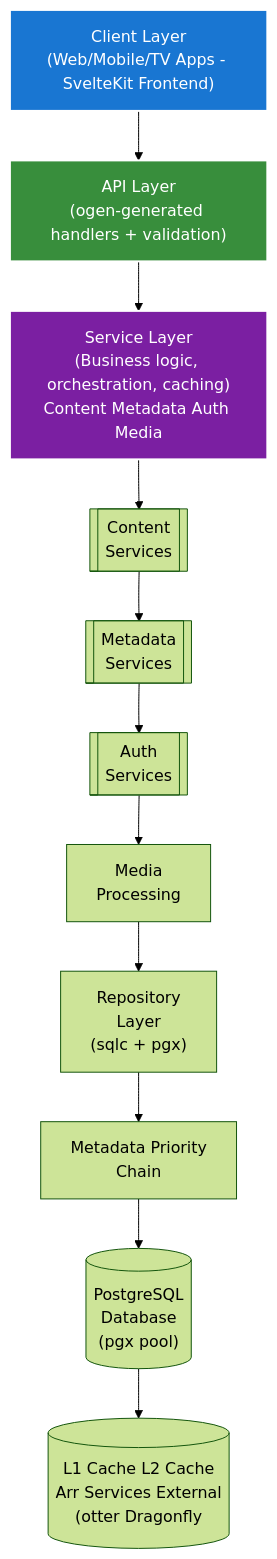
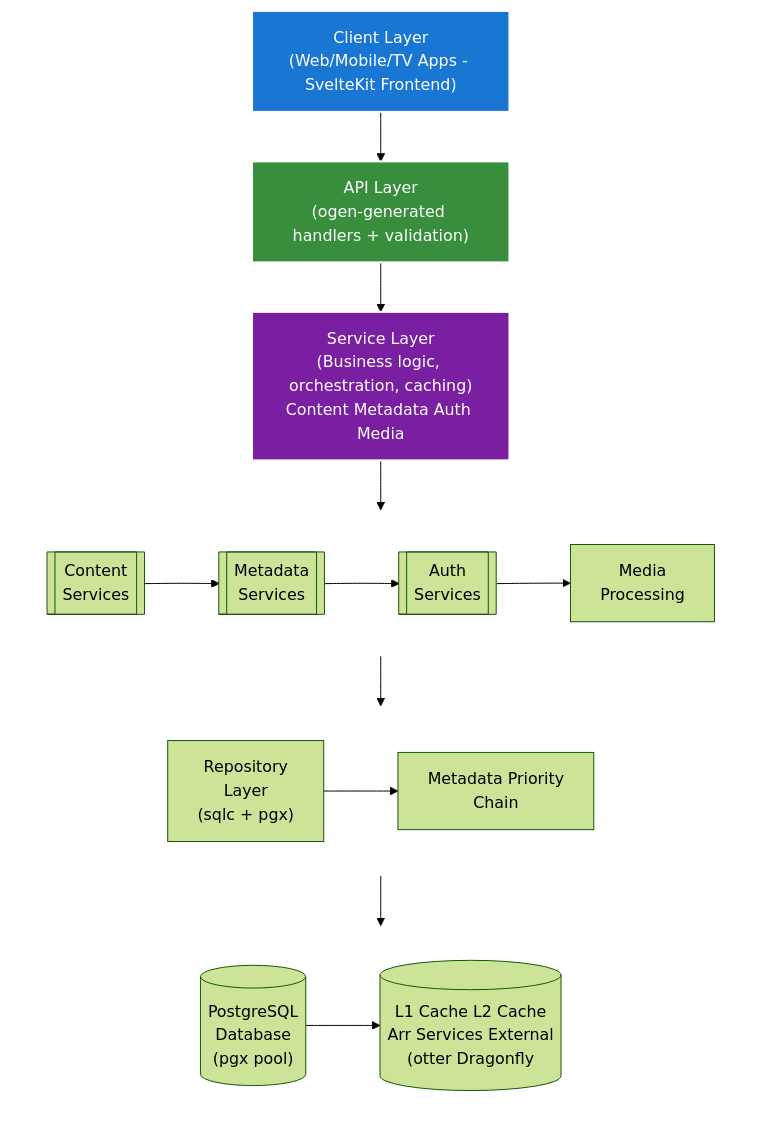
Before and after one commit to lusoris/revenge: the diagram in docs/dev/design/architecture/01_ARCHITECTURE.md, drawn with Mermaid (forest theme). The commit also changed 210 other files, not shown here.

First line of the commit message:
feat(docs): Add horizontal layout support for Mermaid diagrams

````diff
--- a/docs/dev/design/architecture/01_ARCHITECTURE.md
+++ b/docs/dev/design/architecture/01_ARCHITECTURE.md
@@ -62,29 +62,43 @@
 ```mermaid
 flowchart TD
     node1["Client Layer<br/>(Web/Mobile/TV Apps - SvelteKit Frontend)"]
     node2["API Layer<br/>(ogen-generated handlers + validation)"]
     node3["Service Layer<br/>(Business logic, orchestration, caching)<br/>Content Metadata Auth Media"]
-    node4[["Content<br/>Services"]]
-    node5[["Metadata<br/>Services"]]
-    node6[["Auth<br/>Services"]]
-    node7["Media<br/>Processing"]
-    node8["Repository<br/>Layer<br/>(sqlc + pgx)"]
-    node9["Metadata Priority<br/>Chain"]
-    node10[("PostgreSQL<br/>Database<br/>(pgx pool)")]
-    node11[("L1 Cache L2 Cache<br/>Arr Services External<br/>(otter Dragonfly")]
+    subgraph row1[ ]
+        direction LR
+        node4[["Content<br/>Services"]]
+        node5[["Metadata<br/>Services"]]
+        node6[["Auth<br/>Services"]]
+        node7["Media<br/>Processing"]
+    end
+    subgraph row2[ ]
+        direction LR
+        node8["Repository<br/>Layer<br/>(sqlc + pgx)"]
+        node9["Metadata Priority<br/>Chain"]
+    end
+    subgraph row3[ ]
+        direction LR
+        node10[("PostgreSQL<br/>Database<br/>(pgx pool)")]
+        node11[("L1 Cache L2 Cache<br/>Arr Services External<br/>(otter Dragonfly")]
+    end
     node4 --> node5
     node5 --> node6
     node6 --> node7
     node8 --> node9
     node10 --> node11
     node1 --> node2
     node2 --> node3
     node3 --> node4
     node7 --> node8
     node9 --> node10
 
     %% Layer styling
     style node1 fill:#1976D2,stroke:#fff,stroke-width:2px,color:#fff
     style node2 fill:#388E3C,stroke:#fff,stroke-width:2px,color:#fff
     style node3 fill:#7B1FA2,stroke:#fff,stroke-width:2px,color:#fff
+
+    %% Hide row subgraph borders
+    style row1 fill:transparent,stroke:transparent
+    style row2 fill:transparent,stroke:transparent
+    style row3 fill:transparent,stroke:transparent
 ```
````
